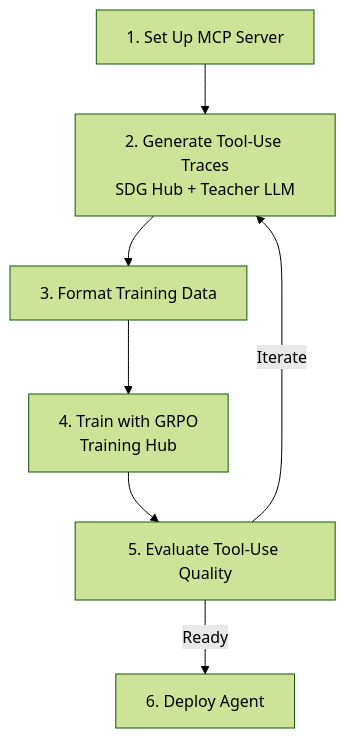
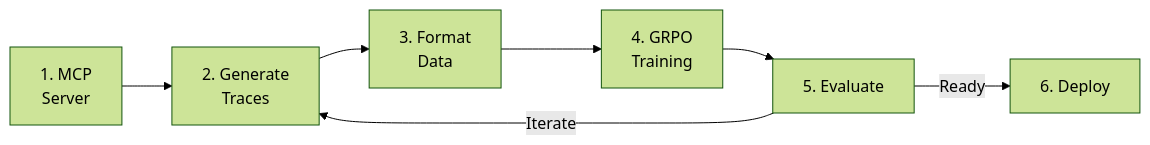
One commit to rrbanda/rhoai changed the diagram in docs/end-to-end/mcp-distillation.md. Above: the diagram before and after it, drawn with Mermaid (forest theme). The commit also changed 5 other files, not shown here.

First line of the commit message:
fix: switch all mermaid flowcharts to LR layout, constrain height

````diff
--- a/docs/end-to-end/mcp-distillation.md
+++ b/docs/end-to-end/mcp-distillation.md
@@ -7,9 +7,9 @@
 ```mermaid
-graph TD
-    A[1. Set Up MCP Server] --> B[2. Generate Tool-Use Traces<br/>SDG Hub + Teacher LLM]
-    B --> C[3. Format Training Data]
-    C --> D[4. Train with GRPO<br/>Training Hub]
-    D --> E[5. Evaluate Tool-Use Quality]
-    E -->|"Iterate"| B
-    E -->|"Ready"| F[6. Deploy Agent]
+graph LR
+    A[1. MCP<br/>Server] --> B[2. Generate<br/>Traces]
+    B --> C[3. Format<br/>Data]
+    C --> D[4. GRPO<br/>Training]
+    D --> E[5. Evaluate]
+    E -->|Iterate| B
+    E -->|Ready| F[6. Deploy]
 ```
````
